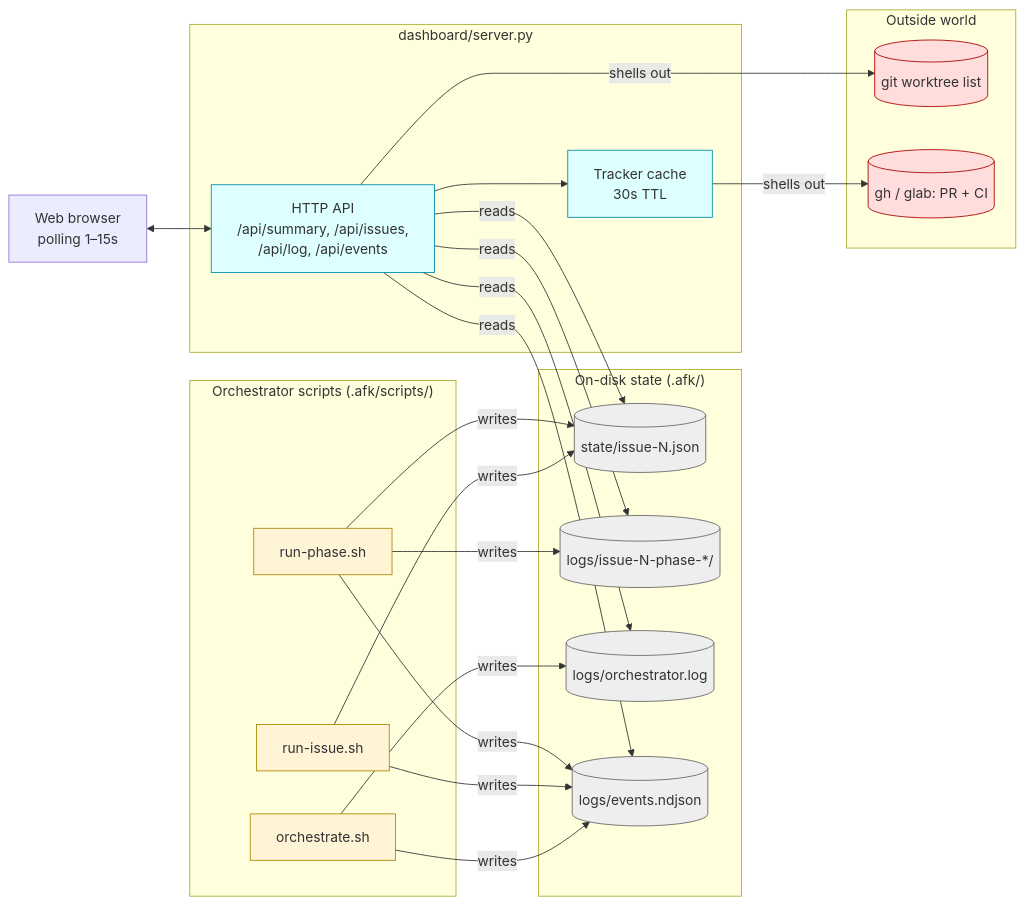
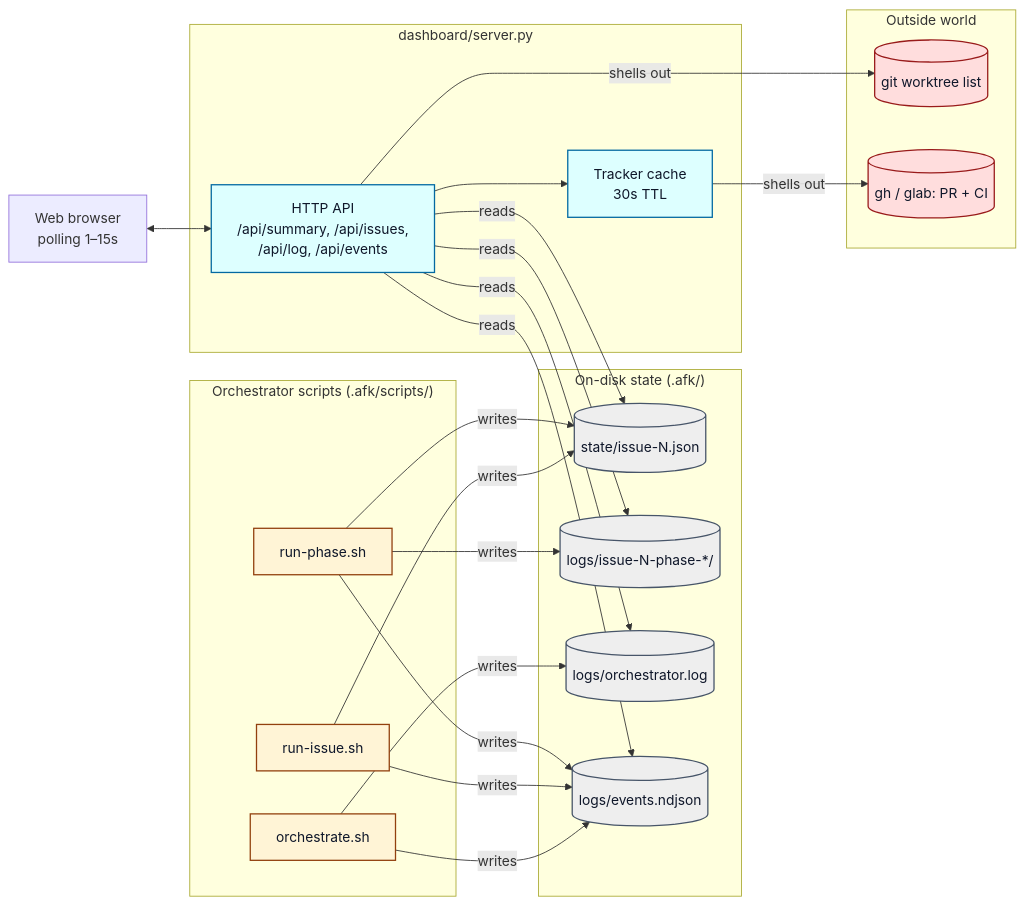
Before and after one commit to Mo-Tamim/afk-agent: the first of 3 diagrams in docs/DASHBOARD.md, drawn with Mermaid. The commit also changed 4 other files, not shown here.

````diff
--- a/docs/DASHBOARD.md
+++ b/docs/DASHBOARD.md
@@ -34,54 +34,54 @@
 ```mermaid
 flowchart LR
   subgraph Scripts["Orchestrator scripts (.afk/scripts/)"]
     O[orchestrate.sh]
     RI[run-issue.sh]
     RP[run-phase.sh]
   end
 
   subgraph Disk["On-disk state (.afk/)"]
     S[(state/issue-N.json)]
     L[(logs/issue-N-phase-*/)]
     OL[(logs/orchestrator.log)]
     E[(logs/events.ndjson)]
   end
 
   subgraph Outside["Outside world"]
     G[(git worktree list)]
     T[(gh / glab: PR + CI)]
   end
 
   subgraph Server["dashboard/server.py"]
     API[HTTP API<br/>/api/summary, /api/issues,<br/>/api/log, /api/events]
     CACHE[Tracker cache<br/>30s TTL]
   end
 
   Browser[Web browser<br/>polling 1–15s]
 
   O -- writes --> OL
   O -- writes --> E
   RI -- writes --> S
   RI -- writes --> E
   RP -- writes --> S
   RP -- writes --> L
   RP -- writes --> E
 
   API -- reads --> S
   API -- reads --> L
   API -- reads --> OL
   API -- reads --> E
   API -- shells out --> G
   API --> CACHE
   CACHE -- shells out --> T
 
   Browser <--> API
 
-  classDef script fill:#fff4d6,stroke:#a80;
-  classDef disk   fill:#eee,stroke:#666;
-  classDef ext    fill:#fdd,stroke:#a00;
-  classDef serv   fill:#dff,stroke:#08a;
+  classDef script fill:#fff4d6,stroke:#92400e,color:#0f172a,stroke-width:1.5px;
+  classDef disk   fill:#eee,stroke:#475569,color:#0f172a,stroke-width:1.5px;
+  classDef ext    fill:#fdd,stroke:#991b1b,color:#0f172a,stroke-width:1.5px;
+  classDef serv   fill:#dff,stroke:#0369a1,color:#0f172a,stroke-width:1.5px;
   class O,RI,RP script
   class S,L,OL,E disk
   class G,T ext
   class API,CACHE serv
 ```
````
